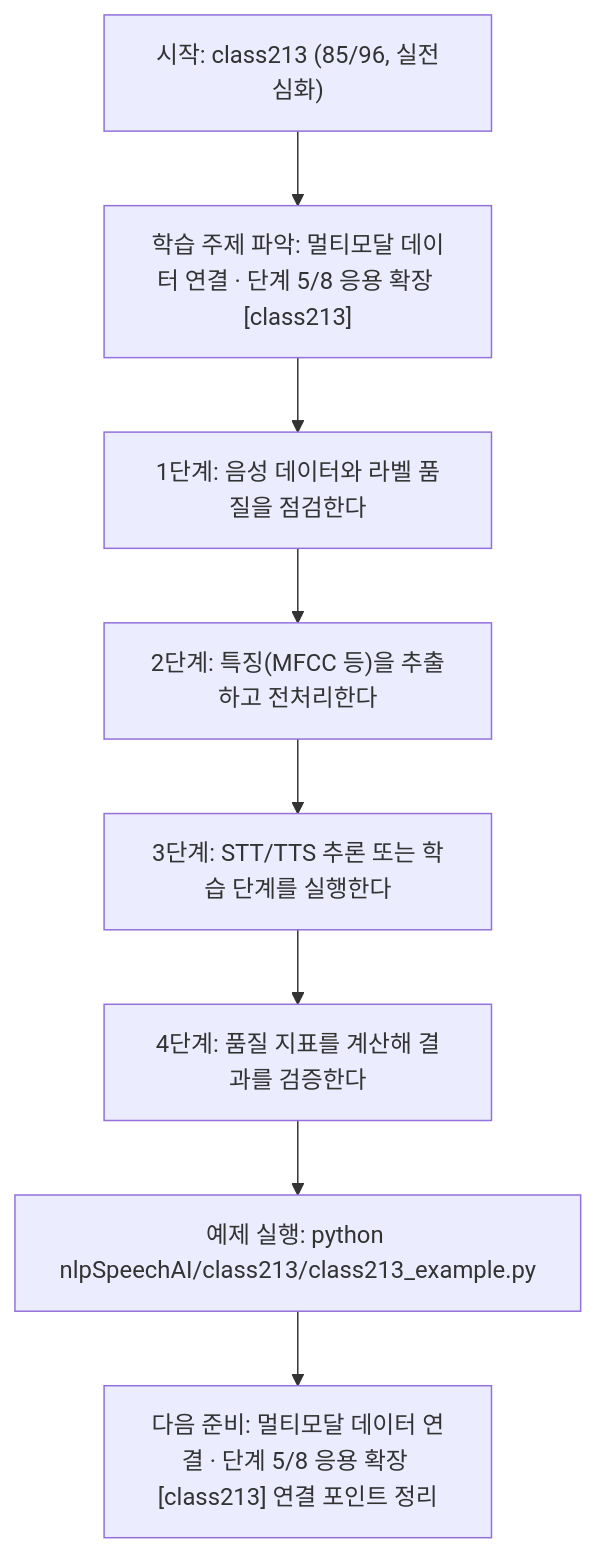
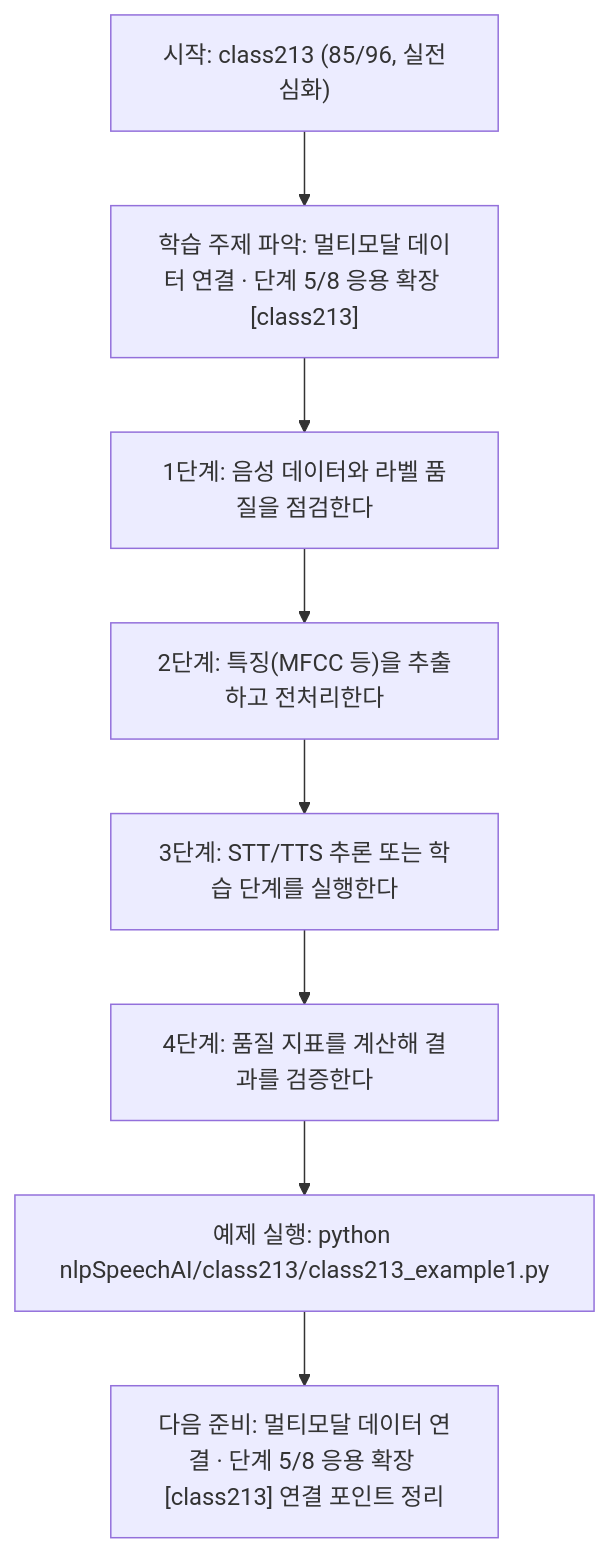
The diagram in nlpSpeechAI/class213/class213.md (edumgt/Python-AI_Agent-Class), drawn with Mermaid before and after one commit. The commit also changed other lines of this file and 2959 other files, not shown here.

````diff
--- a/nlpSpeechAI/class213/class213.md
+++ b/nlpSpeechAI/class213/class213.md
@@ -114,18 +114,18 @@
 ```mermaid
 flowchart TD
 N1["시작: class213 (85/96, 실전심화)"]
 N2["학습 주제 파악: 멀티모달 데이터 연결 · 단계 5/8 응용 확장 [class213]"]
 N3["1단계: 음성 데이터와 라벨 품질을 점검한다"]
 N4["2단계: 특징(MFCC 등)을 추출하고 전처리한다"]
 N5["3단계: STT/TTS 추론 또는 학습 단계를 실행한다"]
 N6["4단계: 품질 지표를 계산해 결과를 검증한다"]
-N7["예제 실행: python nlpSpeechAI/class213/class213_example.py"]
+N7["예제 실행: python nlpSpeechAI/class213/class213_example1.py"]
 N8["다음 준비: 멀티모달 데이터 연결 · 단계 5/8 응용 확장 [class213] 연결 포인트 정리"]
 N1 --> N2
 N2 --> N3
 N3 --> N4
 N4 --> N5
 N5 --> N6
 N6 --> N7
 N7 --> N8
 ```
````
